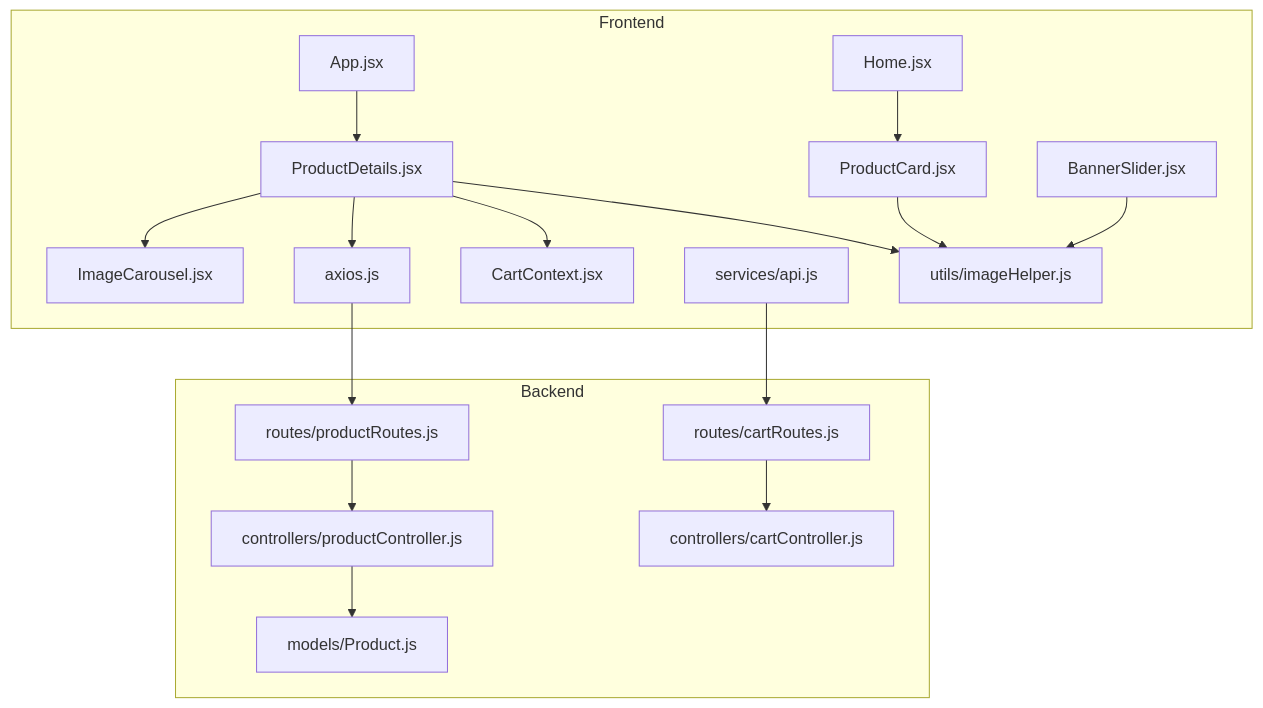
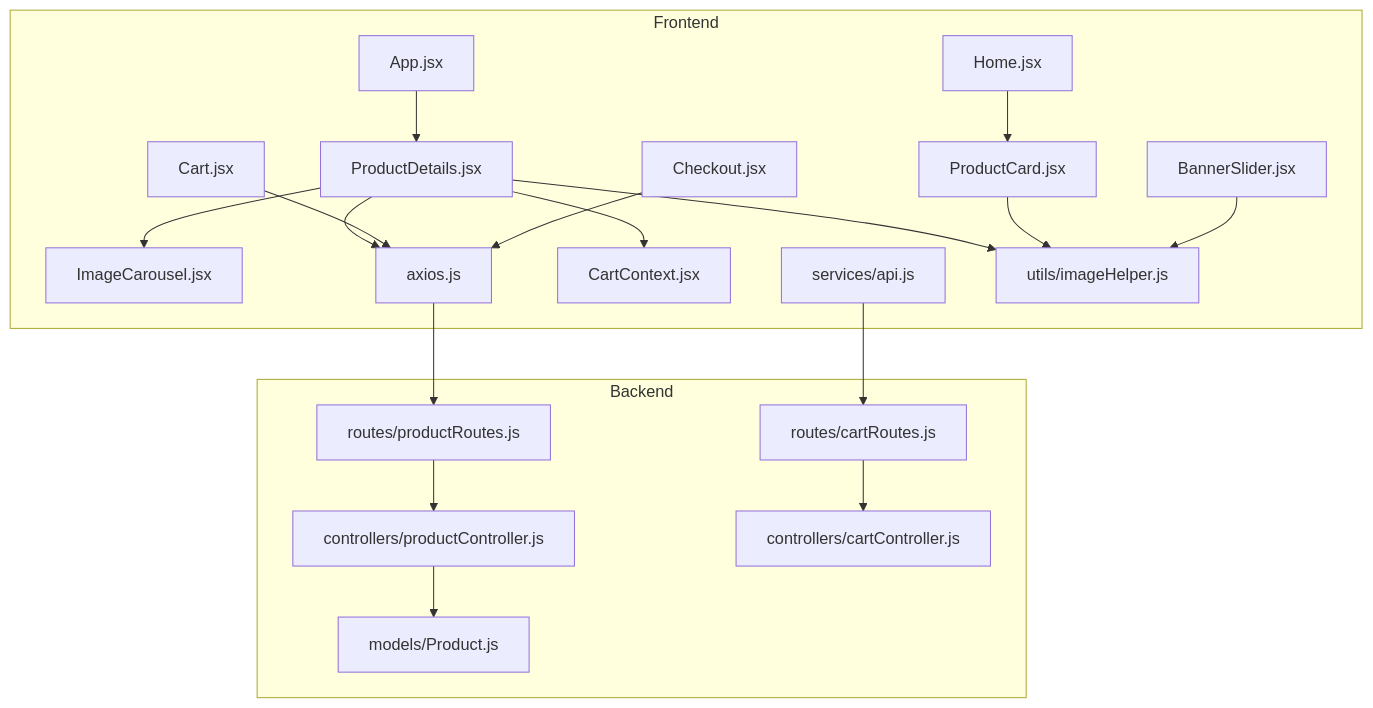
One commit to Pavan-PSPK9032/TrendsandToss changed the first of 5 diagrams in .qoder/repowiki/en/content/Shopping Experience/Product Details & Selection.md. Above: the diagram before and after it, drawn with Mermaid. The commit also changed other lines of this file and 10 other files, not shown here.

````diff
--- a/.qoder/repowiki/en/content/Shopping Experience/Product Details & Selection.md
+++ b/.qoder/repowiki/en/content/Shopping Experience/Product Details & Selection.md
@@ -49,35 +51,39 @@
 ```mermaid
 graph TB
 subgraph "Frontend"
 PD["ProductDetails.jsx"]
 IC["ImageCarousel.jsx"]
 AX["axios.js"]
 CTX["CartContext.jsx"]
 API["services/api.js"]
 IMGU["utils/imageHelper.js"]
 APP["App.jsx"]
 HOME["Home.jsx"]
 PS["ProductCard.jsx"]
 BS["BannerSlider.jsx"]
+CART["Cart.jsx"]
+CHK["Checkout.jsx"]
 end
 subgraph "Backend"
 PRCTRL["controllers/productController.js"]
 CRTCTRL["controllers/cartController.js"]
 PRR["routes/productRoutes.js"]
 CRR["routes/cartRoutes.js"]
 PM["models/Product.js"]
 end
 APP --> PD
 PD --> IC
 PD --> AX
 PD --> CTX
 PD --> IMGU
 HOME --> PS
 PS --> IMGU
 BS --> IMGU
 AX --> PRR
 API --> CRR
 PRR --> PRCTRL
 CRR --> CRTCTRL
 PRCTRL --> PM
+CART --> AX
+CHK --> AX
 ```
````
